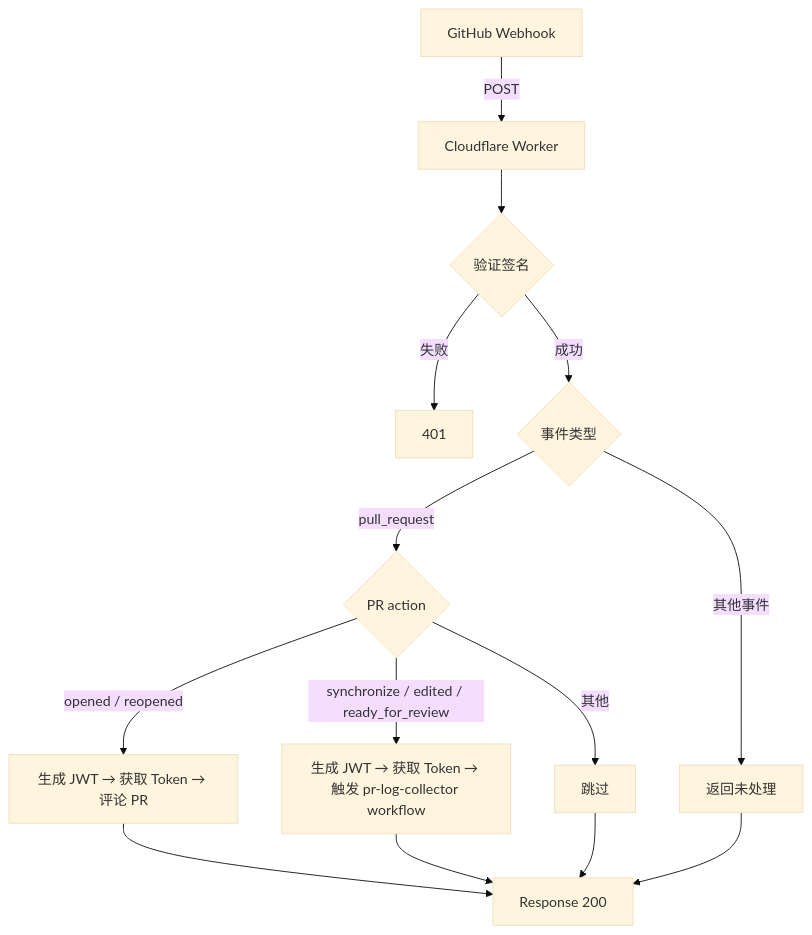
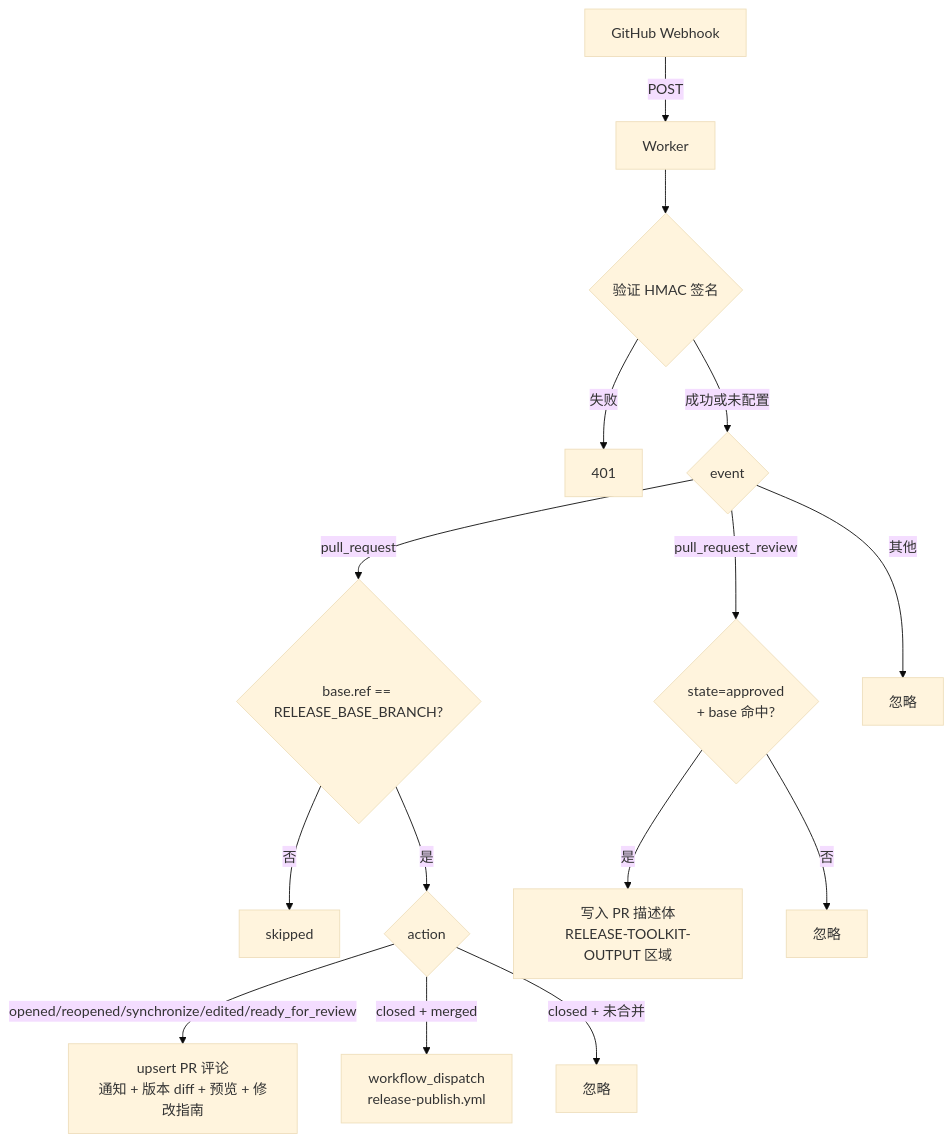
Before and after one commit to release-toolkit/release-toolkit: the diagram in packages/app-server/README.md, drawn with Mermaid (base theme). The commit also changed other lines of this file and 23 other files, not shown here.

Commit message:
feat(workflows): 添加 release-collect 和 release-publish 工作流以支持 PR 日志收集与发布

````diff
--- a/packages/app-server/README.md
+++ b/packages/app-server/README.md
@@ -20,19 +19,20 @@
 ```mermaid
 flowchart TD
-    A[GitHub Webhook] -->|POST| B[Cloudflare Worker]
-    B --> C{验证签名}
+    A[GitHub Webhook] -->|POST| B[Worker]
+    B --> C{验证 HMAC 签名}
     C -->|失败| D[401]
-    C -->|成功| E{事件类型}
+    C -->|成功或未配置| E{event}
 
-    E -->|pull_request| F{PR action}
-    F -->|opened / reopened| G[生成 JWT → 获取 Token → 评论 PR]
-    F -->|synchronize / edited / ready_for_review| H[生成 JWT → 获取 Token → 触发 pr-log-collector workflow]
-    F -->|其他| I[跳过]
+    E -->|pull_request| F{base.ref == RELEASE_BASE_BRANCH?}
+    F -->|否| G[skipped]
+    F -->|是| H{action}
+    H -->|opened/reopened/synchronize/edited/ready_for_review| I[upsert PR 评论<br/>通知 + 版本 diff + 预览 + 修改指南]
+    H -->|closed + merged| J[workflow_dispatch<br/>release-publish.yml]
+    H -->|closed + 未合并| K[忽略]
 
-    E -->|其他事件| J[返回未处理]
+    E -->|pull_request_review| L{state=approved<br/>+ base 命中?}
+    L -->|是| M[写入 PR 描述体<br/>RELEASE-TOOLKIT-OUTPUT 区域]
+    L -->|否| N[忽略]
 
-    G --> K[Response 200]
-    H --> K
-    I --> K
-    J --> K
+    E -->|其他| O[忽略]
 ```
````
